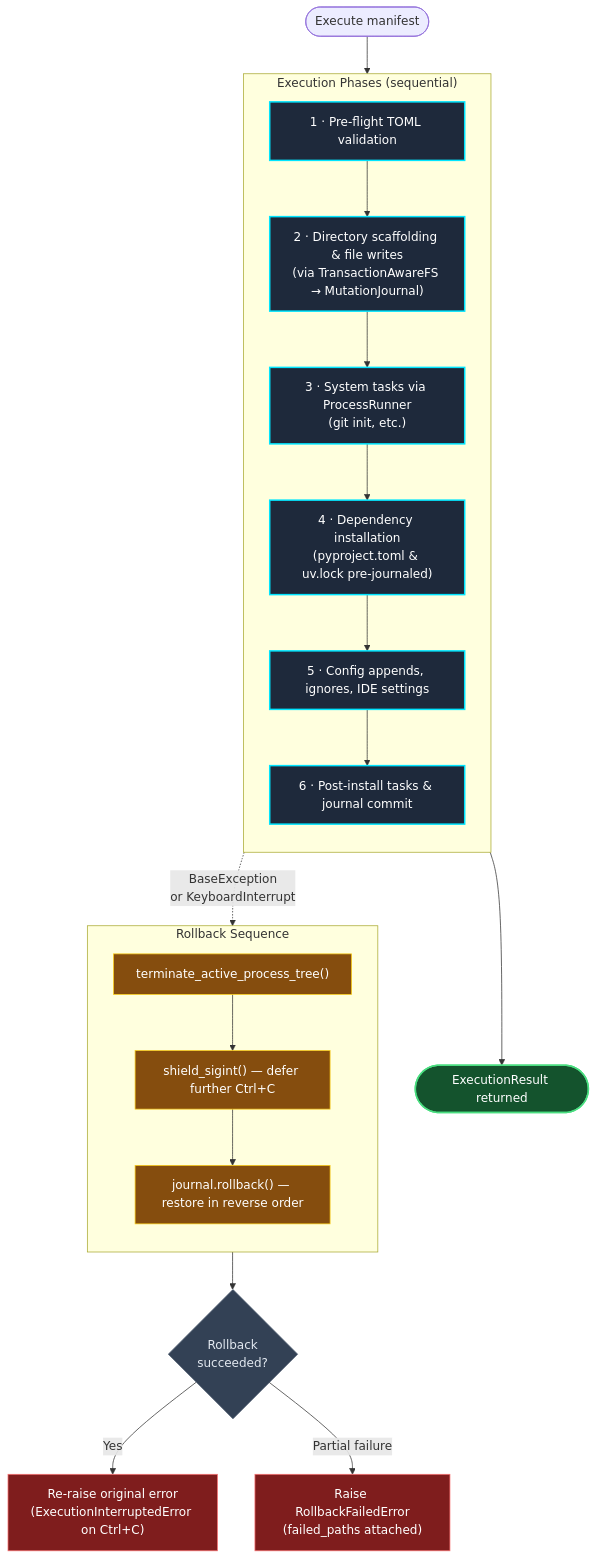
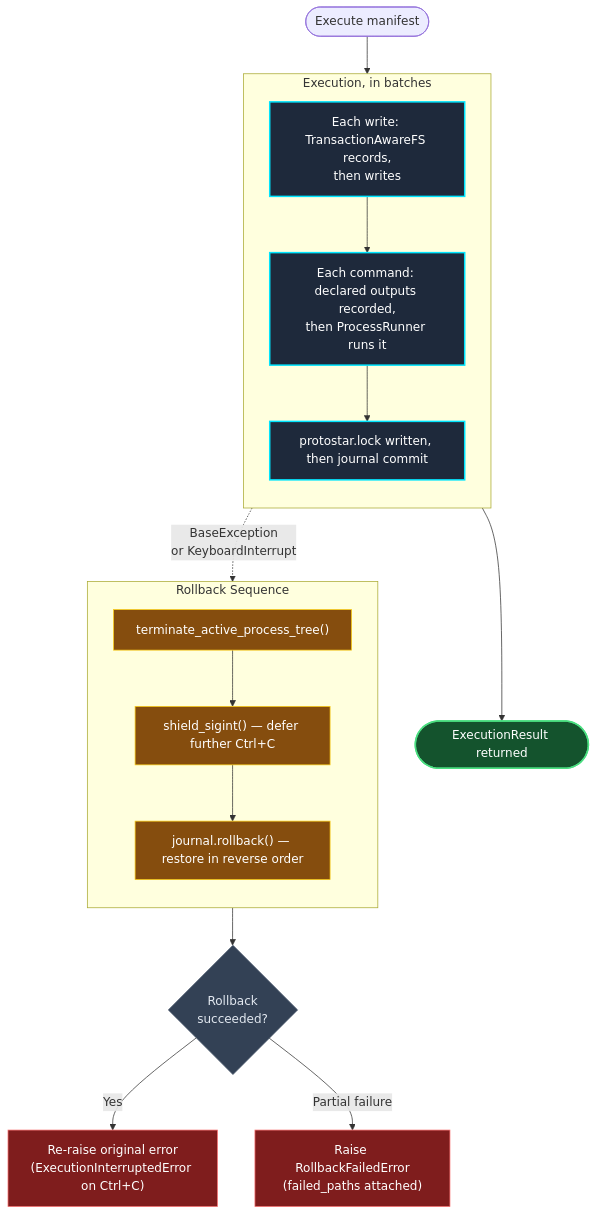
One commit to JacksonFergusonDev/protostar changed the second of 2 diagrams in docs/mechanics/rollback.md. Above: the diagram before and after it, drawn with Mermaid. The commit also changed other lines of this file and 7 other files, not shown here.

````diff
--- a/docs/mechanics/rollback.md
+++ b/docs/mechanics/rollback.md
@@ -37,37 +39,34 @@
 ```mermaid
 flowchart TD
     classDef phase fill:#1e293b,stroke:#00e5ff,stroke-width:2px,color:#fff;
     classDef decision fill:#334155,stroke:#475569,stroke-width:1px,color:#e2e8f0;
     classDef success fill:#14532d,stroke:#4ade80,stroke-width:2px,color:#fff;
     classDef rollback fill:#854d0e,stroke:#facc15,stroke-width:1px,color:#fff;
     classDef error fill:#7f1d1d,stroke:#f87171,stroke-width:1px,color:#fff;
 
     Start([Execute manifest]) --> Steps
 
-    subgraph Steps ["Execution Phases (sequential)"]
+    subgraph Steps ["Execution, in batches"]
         direction TB
-        S1["1 · Pre-flight TOML validation"]:::phase
-        S2["2 · Directory scaffolding & file writes\n(via TransactionAwareFS → MutationJournal)"]:::phase
-        S3["3 · System tasks via ProcessRunner\n(git init, etc.)"]:::phase
-        S4["4 · Dependency installation\n(pyproject.toml & uv.lock pre-journaled)"]:::phase
-        S5["5 · Config appends, ignores, IDE settings"]:::phase
-        S6["6 · Post-install tasks & journal commit"]:::phase
-        S1 --> S2 --> S3 --> S4 --> S5 --> S6
+        S1["Each write: TransactionAwareFS records,<br/>then writes"]:::phase
+        S2["Each command: declared outputs recorded,<br/>then ProcessRunner runs it"]:::phase
+        S3["protostar.lock written, then journal commit"]:::phase
+        S1 --> S2 --> S3
     end
 
-    S6 --> Done([ExecutionResult returned]):::success
+    S3 --> Done([ExecutionResult returned]):::success
 
     Steps -. "BaseException\nor KeyboardInterrupt" .-> RB
 
     subgraph RB ["Rollback Sequence"]
         direction TB
         R1["terminate_active_process_tree()"]:::rollback
         R2["shield_sigint() — defer further Ctrl+C"]:::rollback
         R3["journal.rollback() — restore in reverse order"]:::rollback
         R1 --> R2 --> R3
     end
 
     R3 --> Check{Rollback\nsucceeded?}:::decision
     Check -- "Yes" --> ReRaise["Re-raise original error\n(ExecutionInterruptedError on Ctrl+C)"]:::error
     Check -- "Partial failure" --> RFE["Raise RollbackFailedError\n(failed_paths attached)"]:::error
 ```
````
